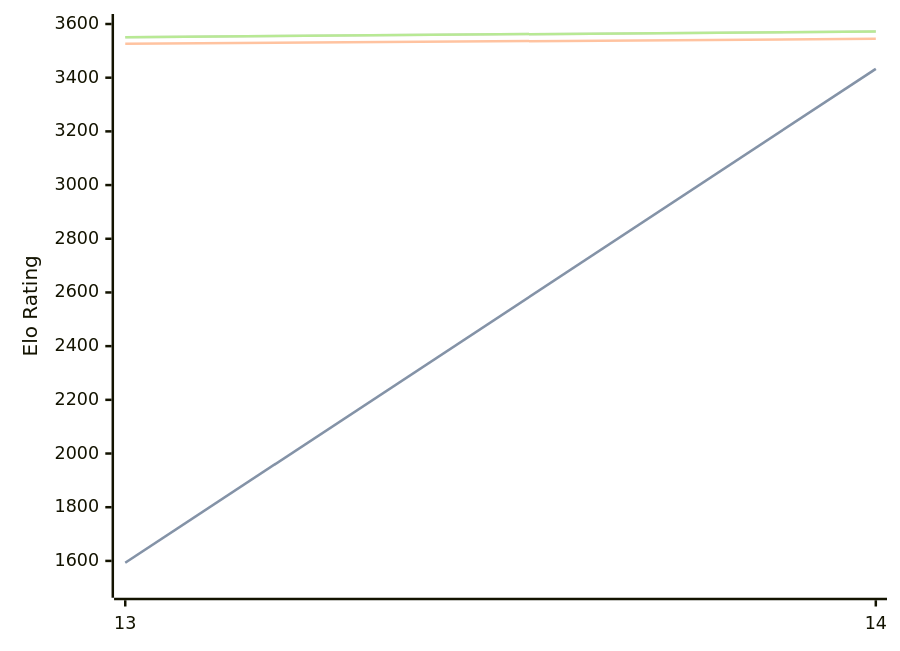
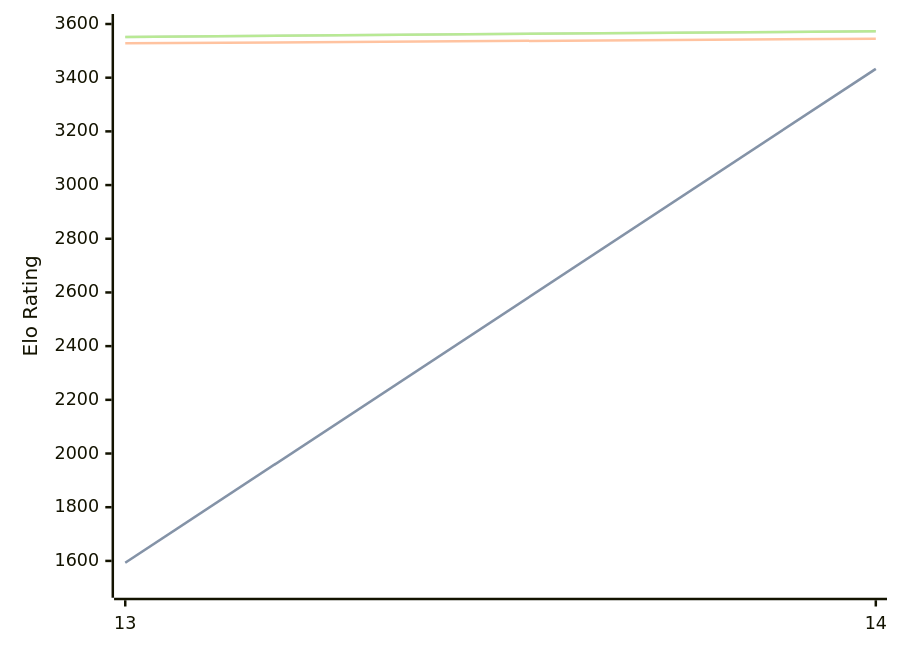
The diagram in engines/Berserk.md (computer-chess-index/cci), drawn with Mermaid before and after one commit. The commit also changed other lines of this file, not shown here.

Commit message:
Update CCI Ratings (ELO VLTC) - 2026-08-29

````diff
--- a/engines/Berserk.md
+++ b/engines/Berserk.md
@@ -33,11 +33,11 @@
 ```mermaid
 %%{init: {"theme":"base","themeVariables":{"seriesColors:['#a3a3a3','#222221','#faa371']}}}%%
 xychart-beta
   x-axis ["13", "14"]
   y-axis "Elo Rating" 1500 --> 3600
   line "" [1593, 3433]
   line "STC (8.0+0.08s)" [1593, 3433]
-  line "LTC (60.0+0.60s)" [3526, 3545]
-  line "" [3551, 3572]
-  line "VLTC (2m24s+1.12s)" [3551, 3572]
+  line "LTC (60.0+0.60s)" [3528, 3545]
+  line "" [3552, 3573]
+  line "VLTC (2m24s+1.12s)" [3552, 3573]
 ```
````
